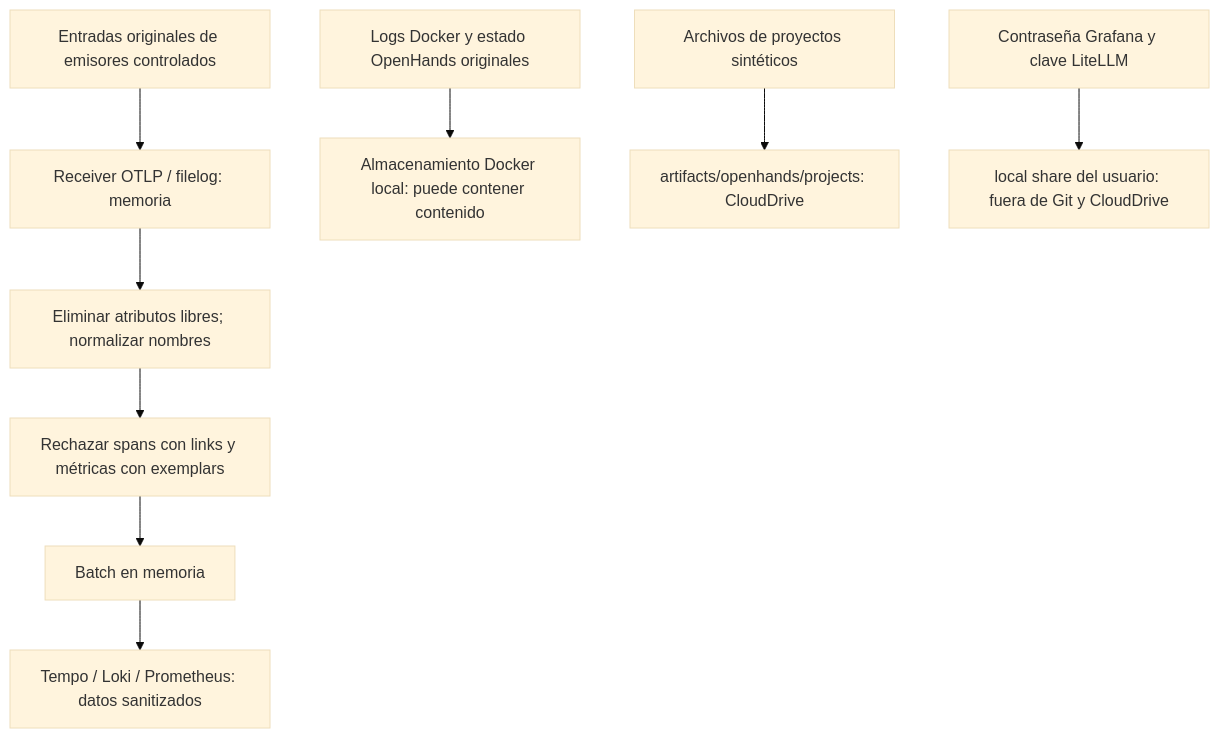
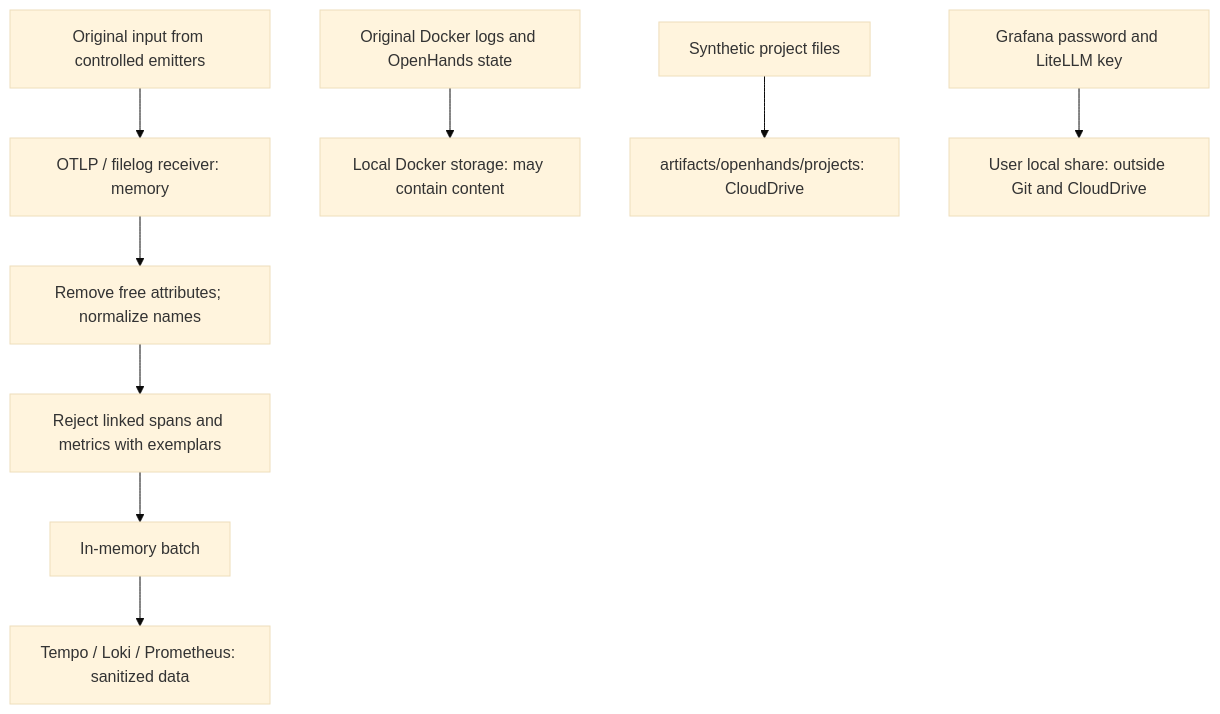
The fourth of 8 diagrams in docs/architecture/observability_diagrams.md (alejandro-onatra/local-agent-platform), drawn with Mermaid (base theme) before and after one commit. The commit also changed other lines of this file and 32 other files, not shown here.

````diff
--- a/docs/architecture/observability_diagrams.md
+++ b/docs/architecture/observability_diagrams.md
@@ -96,11 +96,11 @@
 ```mermaid
 flowchart TD
-    Raw[Entradas originales de emisores controlados] --> Receiver[Receiver OTLP / filelog: memoria]
-    Receiver --> Privacy[Eliminar atributos libres; normalizar nombres]
-    Privacy --> Reject[Rechazar spans con links y métricas con exemplars]
-    Reject --> Batch[Batch en memoria]
-    Batch --> Backends[Tempo / Loki / Prometheus: datos sanitizados]
-    Original[Logs Docker y estado OpenHands originales] --> Local[Almacenamiento Docker local: puede contener contenido]
-    Work[Archivos de proyectos sintéticos] --> CloudDrive[artifacts/openhands/projects: CloudDrive]
-    Admin[Contraseña Grafana y clave LiteLLM] --> Secret[local share del usuario: fuera de Git y CloudDrive]
+    Raw[Original input from controlled emitters] --> Receiver[OTLP / filelog receiver: memory]
+    Receiver --> Privacy[Remove free attributes; normalize names]
+    Privacy --> Reject[Reject linked spans and metrics with exemplars]
+    Reject --> Batch[In-memory batch]
+    Batch --> Backends[Tempo / Loki / Prometheus: sanitized data]
+    Original[Original Docker logs and OpenHands state] --> Local[Local Docker storage: may contain content]
+    Work[Synthetic project files] --> CloudDrive[artifacts/openhands/projects: CloudDrive]
+    Admin[Grafana password and LiteLLM key] --> Secret[User local share: outside Git and CloudDrive]
 ```
````
